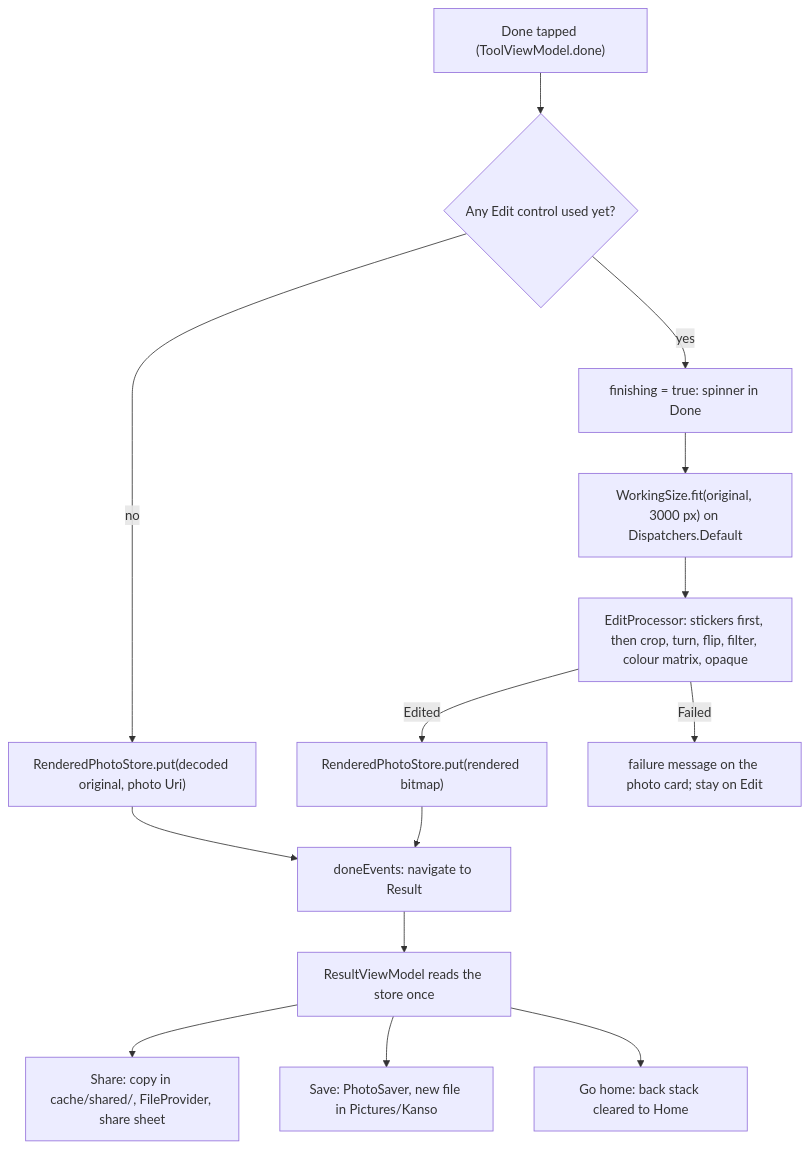
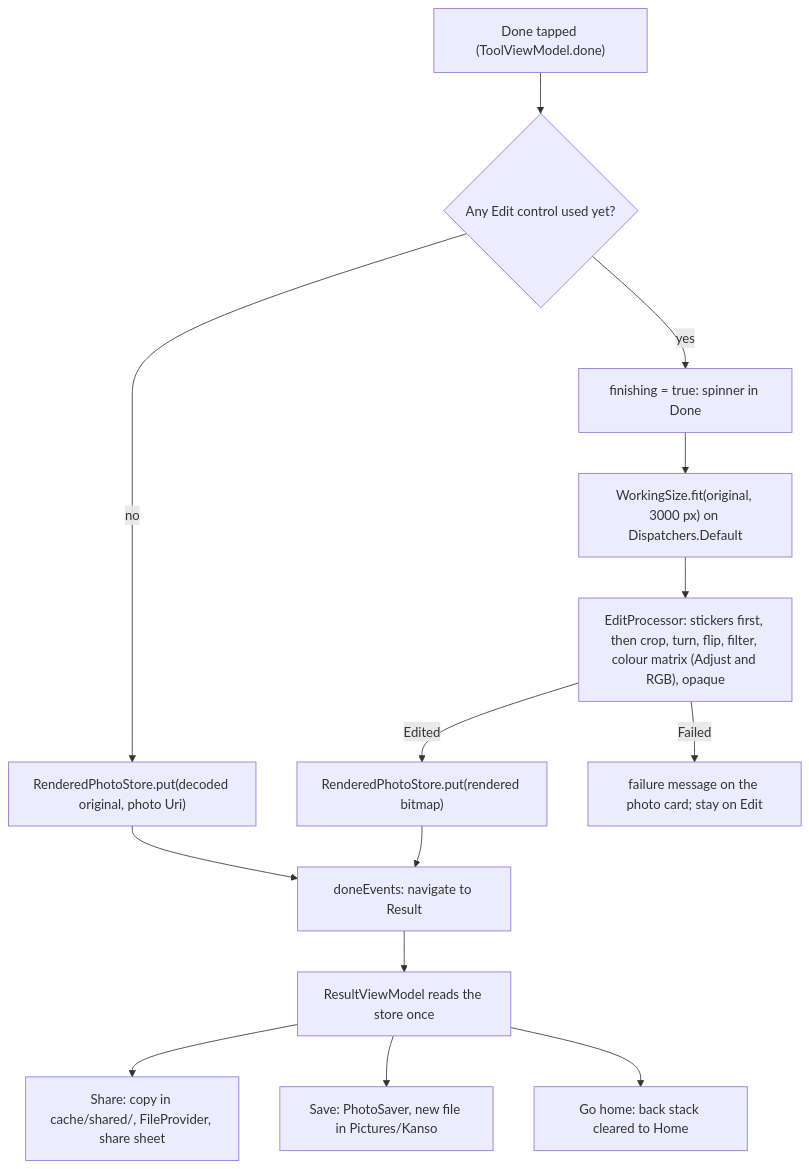
One commit to Phong-Kaster/Kanso changed the fourth of 4 diagrams in docs/features/edit.md. Above: the diagram before and after it, drawn with Mermaid. The commit also changed other lines of this file and 58 other files, not shown here.

````diff
--- a/docs/features/edit.md
+++ b/docs/features/edit.md
@@ -298,16 +313,16 @@
 ```mermaid
 flowchart TD
     D["Done tapped (ToolViewModel.done)"] --> N{"Any Edit control used yet?"}
     N -->|no| H0["RenderedPhotoStore.put(decoded original, photo Uri)"]
     N -->|yes| F["finishing = true: spinner in Done"]
     F --> W["WorkingSize.fit(original, 3000 px) on Dispatchers.Default"]
-    W --> E["EditProcessor: stickers first, then crop, turn, flip, filter, colour matrix, opaque"]
+    W --> E["EditProcessor: stickers first, then crop, turn, flip, filter, colour matrix (Adjust and RGB), opaque"]
     E -->|Edited| H1["RenderedPhotoStore.put(rendered bitmap)"]
     E -->|Failed| X["failure message on the photo card; stay on Edit"]
     H0 --> R["doneEvents: navigate to Result"]
     H1 --> R
     R --> V["ResultViewModel reads the store once"]
     V --> SH["Share: copy in cache/shared/, FileProvider, share sheet"]
     V --> SV["Save: PhotoSaver, new file in Pictures/Kanso"]
     V --> GH["Go home: back stack cleared to Home"]
 ```
````
